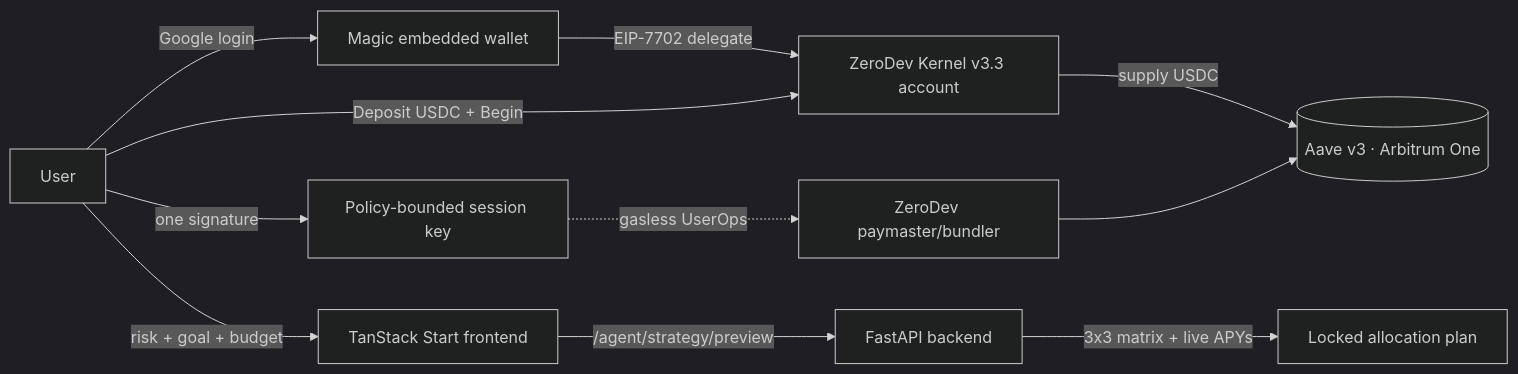
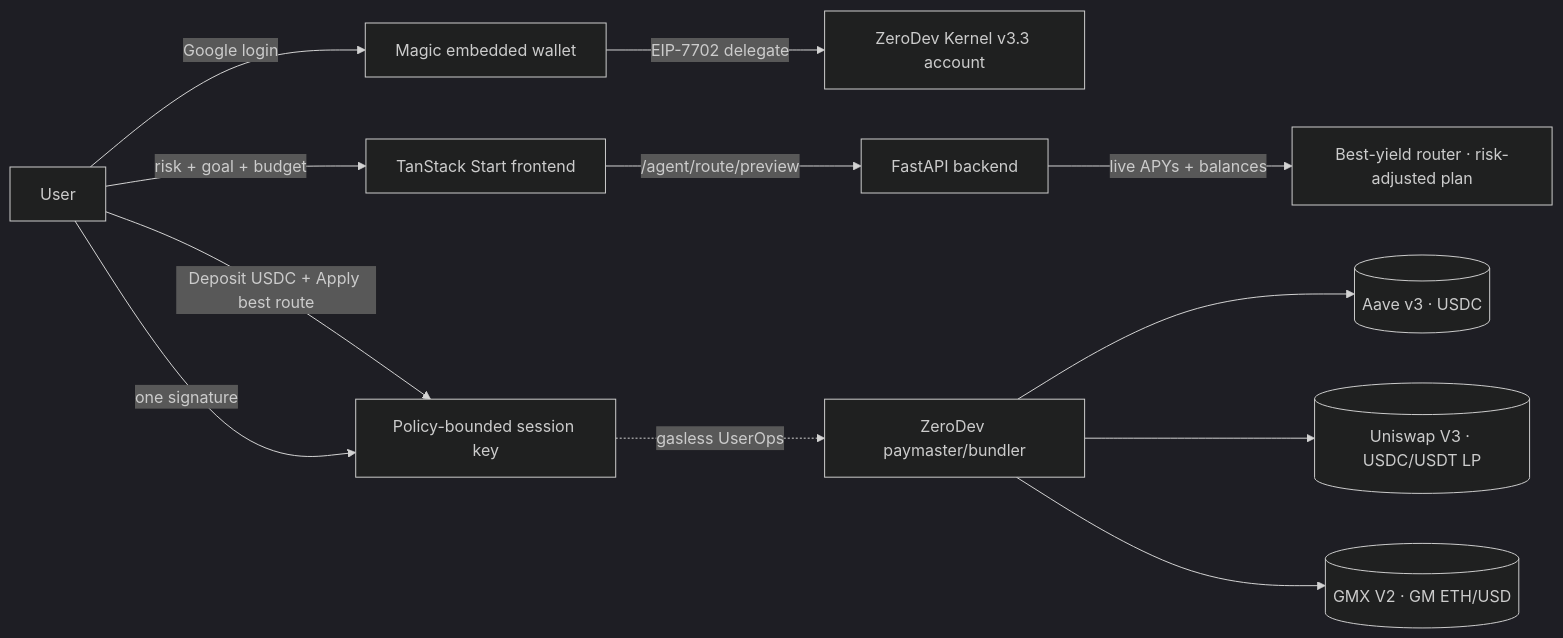
The diagram in README.md (henrysammarfo/axis), drawn with Mermaid (dark theme) before and after one commit. The commit also changed other lines of this file and 2 other files, not shown here.

First line of the commit message:
Docs: refresh README + ARCHITECTURE + audit for router/venues/Postgres

````diff
--- a/README.md
+++ b/README.md
@@ -69,13 +78,14 @@
 ```mermaid
 flowchart LR
   U[User] -->|Google login| M[Magic embedded wallet]
   M -->|EIP-7702 delegate| K[ZeroDev Kernel v3.3 account]
   U -->|risk + goal + budget| FE[TanStack Start frontend]
-  FE -->|/agent/strategy/preview| API[FastAPI backend]
-  API -->|3x3 matrix + live APYs| PLAN[Locked allocation plan]
-  U -->|Deposit USDC + Begin| K
-  K -->|supply USDC| AAVE[(Aave v3 · Arbitrum One)]
-  U -->|one signature| SK[Policy-bounded session key]
+  FE -->|/agent/route/preview| API[FastAPI backend]
+  API -->|live APYs + balances| RT[Best-yield router · risk-adjusted plan]
+  U -->|Deposit USDC + Apply best route| SK[Policy-bounded session key]
+  U -->|one signature| SK
   SK -.gasless UserOps.-> PM[ZeroDev paymaster/bundler]
-  PM --> AAVE
+  PM --> AAVE[(Aave v3 · USDC)]
+  PM --> LP[(Uniswap V3 · USDC/USDT LP)]
+  PM --> GMX[(GMX V2 · GM ETH/USD)]
 ```
````
